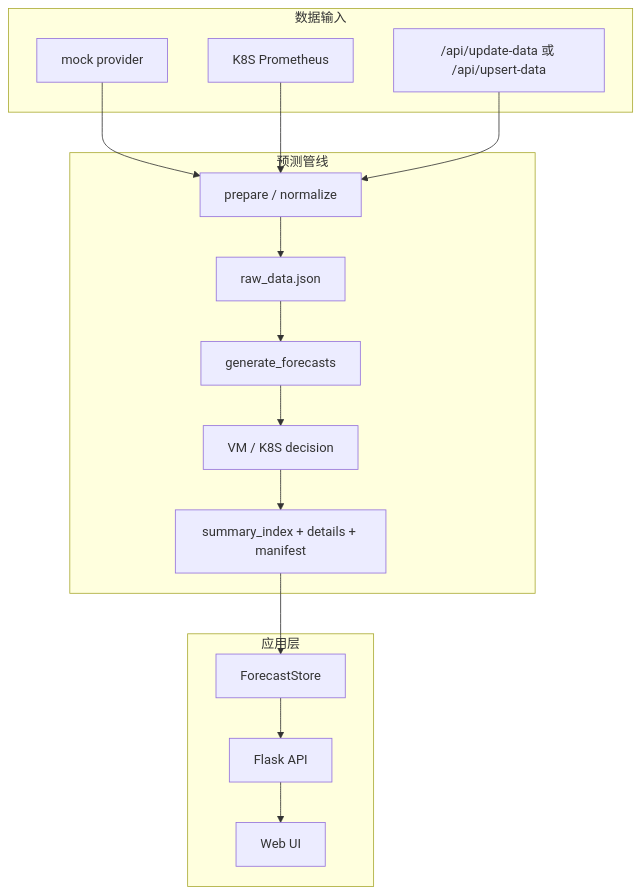
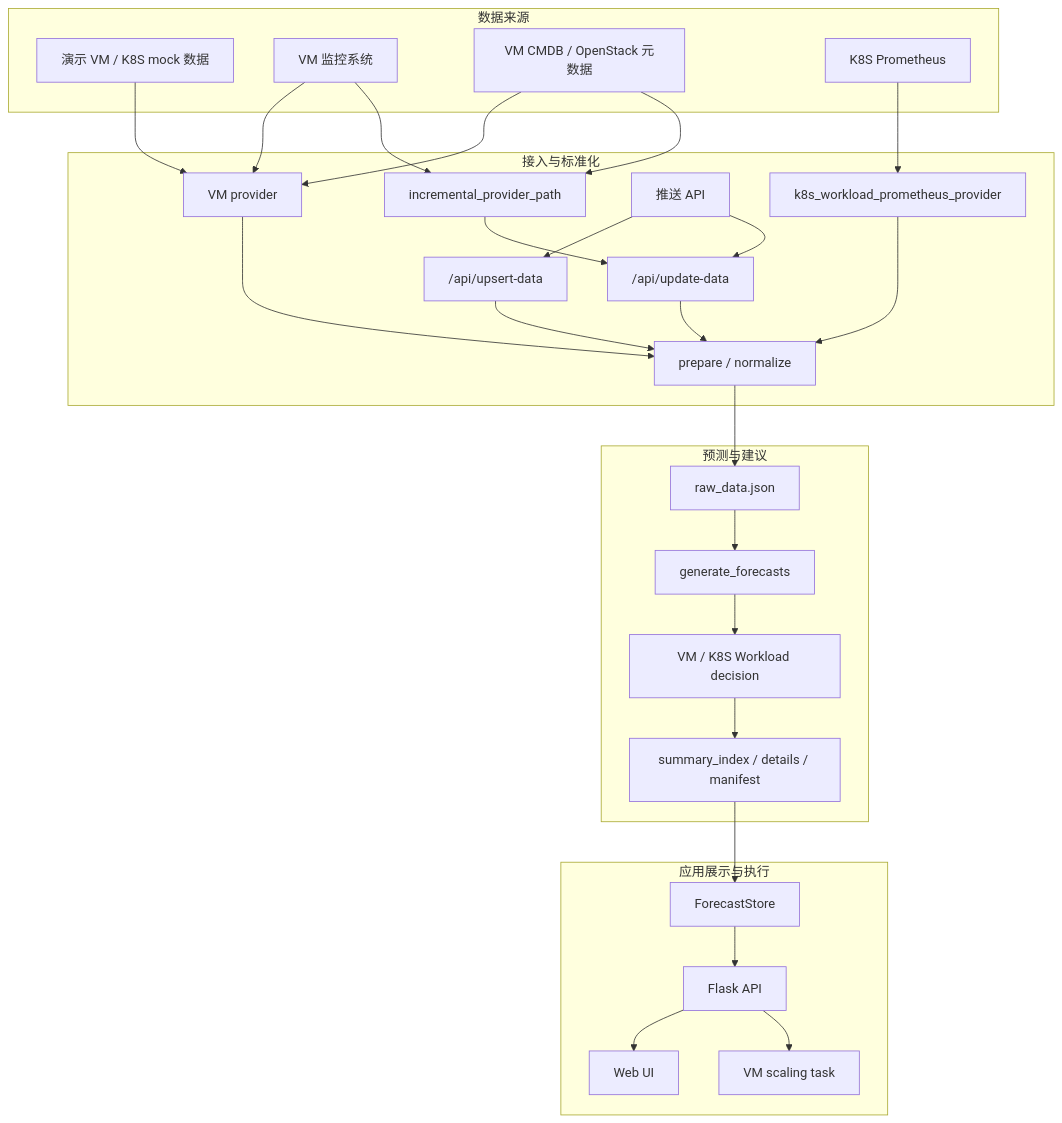
The first of 6 diagrams in README.md (zorocui/resource_predict), drawn with Mermaid before and after one commit. The commit also changed other lines of this file and 24 other files, not shown here.

````diff
--- a/README.md
+++ b/README.md
@@ -99,33 +104,55 @@
 ```mermaid
 flowchart TB
-    subgraph Input["数据输入"]
-        Mock["mock provider"]
-        Prom["K8S Prometheus"]
-        Push["/api/update-data 或 /api/upsert-data"]
+    subgraph Sources["数据来源"]
+        Demo["演示 VM / K8S mock 数据"]
+        VMMonitor["VM 监控系统"]
+        VMCMDB["VM CMDB / OpenStack 元数据"]
+        K8SProm["K8S Prometheus"]
     end
 
-    subgraph Pipeline["预测管线"]
-        Prep["prepare / normalize"]
-        Raw["raw_data.json"]
-        Forecast["generate_forecasts"]
-        Decision["VM / K8S decision"]
-        Outputs["summary_index + details + manifest"]
+    subgraph Ingest["接入与标准化"]
+        VMProvider["VM provider"]
+        IncrementalProvider["incremental_provider_path"]
+        PushAPI["推送 API"]
+        Upsert["/api/upsert-data"]
+        Update["/api/update-data"]
+        K8SProvider["k8s_workload_prometheus_provider"]
+        Normalize["prepare / normalize"]
     end
 
-    subgraph App["应用层"]
+    subgraph Forecast["预测与建议"]
+        Raw["raw_data.json"]
+        Pipeline["generate_forecasts"]
+        Decision["VM / K8S Workload decision"]
+        Artifacts["summary_index / details / manifest"]
+    end
+
+    subgraph App["应用展示与执行"]
         Store["ForecastStore"]
         API["Flask API"]
         UI["Web UI"]
+        Scale["VM scaling task"]
     end
 
-    Mock --> Prep
-    Prom --> Prep
-    Push --> Prep
-    Prep --> Raw
-    Raw --> Forecast
-    Forecast --> Decision
-    Decision --> Outputs
-    Outputs --> Store
+    Demo --> VMProvider
+    VMMonitor --> VMProvider
+    VMCMDB --> VMProvider
+    VMMonitor --> IncrementalProvider
+    VMCMDB --> IncrementalProvider
+    K8SProm --> K8SProvider
+    VMProvider --> Normalize
+    IncrementalProvider --> Update
+    K8SProvider --> Normalize
+    PushAPI --> Upsert
+    PushAPI --> Update
+    Upsert --> Normalize
+    Update --> Normalize
+    Normalize --> Raw
+    Raw --> Pipeline
+    Pipeline --> Decision
+    Decision --> Artifacts
+    Artifacts --> Store
     Store --> API
     API --> UI
+    API --> Scale
 ```
````
